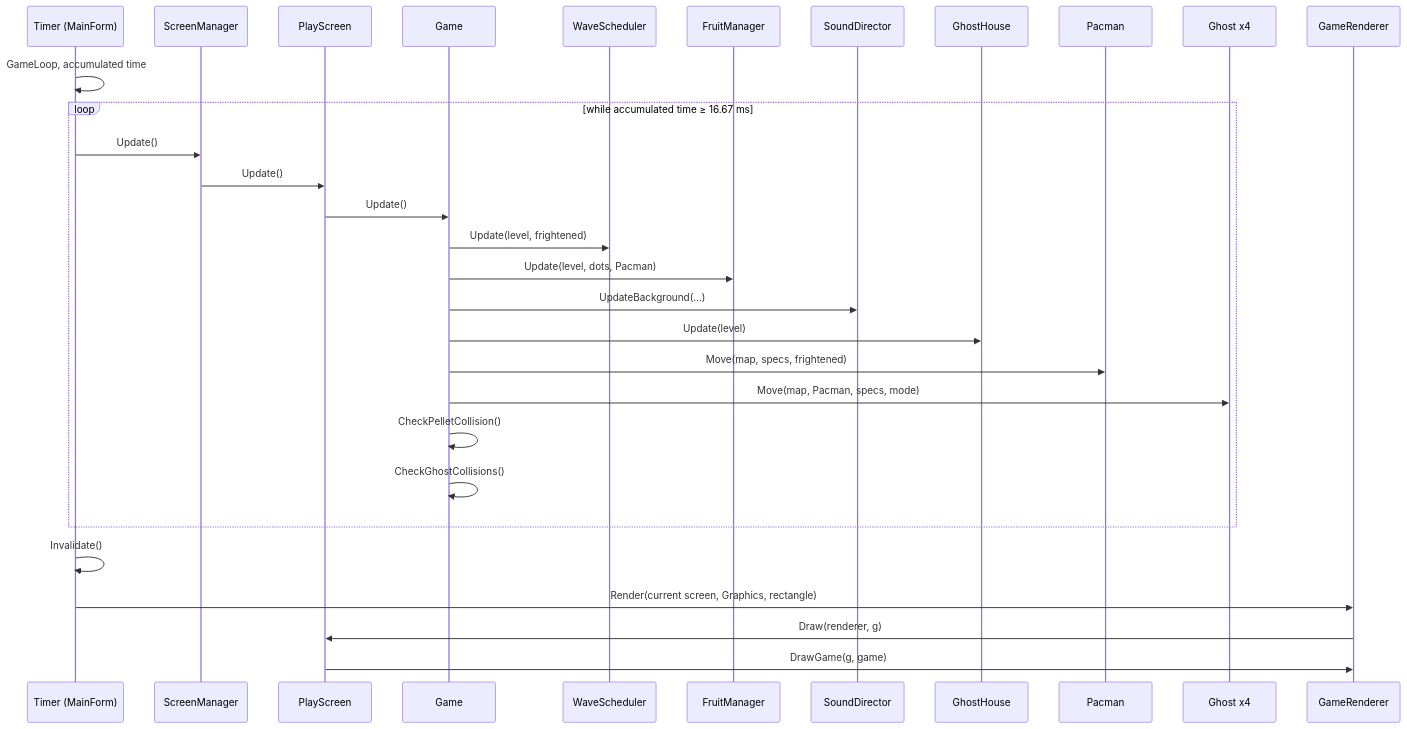
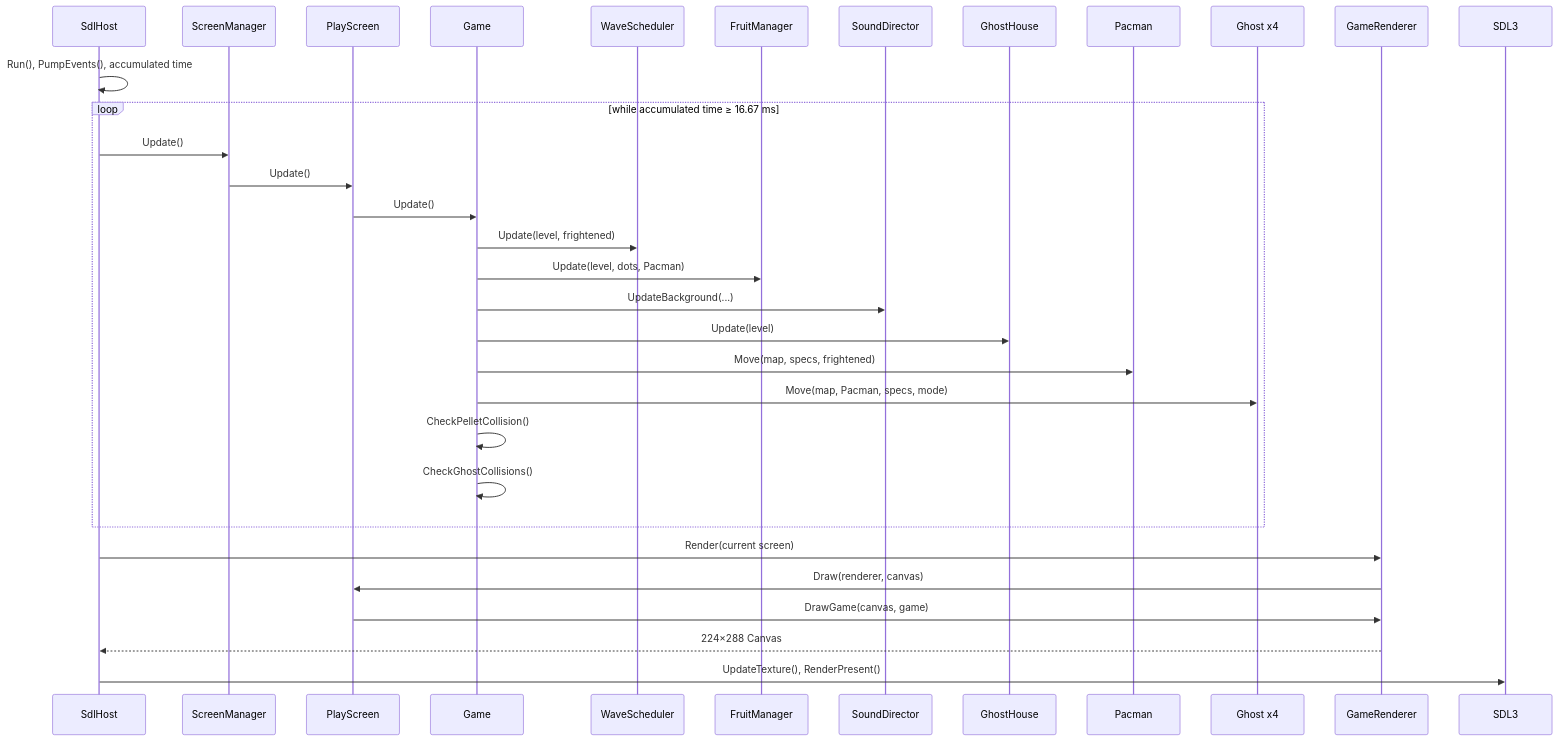
Before and after one commit to Telev78/pacman: the eighth of 18 diagrams in docs/Pacman_UML_and_State_Diagrams_EN.md, drawn with Mermaid. The commit also changed other lines of this file and 36 other files, not shown here.

````diff
--- a/docs/Pacman_UML_and_State_Diagrams_EN.md
+++ b/docs/Pacman_UML_and_State_Diagrams_EN.md
@@ -691,32 +757,34 @@
 ```mermaid
 sequenceDiagram
-  participant T as Timer (MainForm)
+  participant H as SdlHost
   participant S as ScreenManager
   participant P as PlayScreen
   participant G as Game
   participant W as WaveScheduler
   participant F as FruitManager
   participant D as SoundDirector
-  participant H as GhostHouse
+  participant GH as GhostHouse
   participant PM as Pacman
-  participant GH as Ghost x4
+  participant GS as Ghost x4
   participant R as GameRenderer
-  T->>T: GameLoop, accumulated time
+  participant X as SDL3
+  H->>H: Run(), PumpEvents(), accumulated time
   loop while accumulated time ≥ 16.67 ms
-    T->>S: Update()
+    H->>S: Update()
     S->>P: Update()
     P->>G: Update()
     G->>W: Update(level, frightened)
     G->>F: Update(level, dots, Pacman)
     G->>D: UpdateBackground(...)
-    G->>H: Update(level)
+    G->>GH: Update(level)
     G->>PM: Move(map, specs, frightened)
-    G->>GH: Move(map, Pacman, specs, mode)
+    G->>GS: Move(map, Pacman, specs, mode)
     G->>G: CheckPelletCollision()
     G->>G: CheckGhostCollisions()
   end
-  T->>T: Invalidate()
-  T->>R: Render(current screen, Graphics, rectangle)
-  R->>P: Draw(renderer, g)
-  P->>R: DrawGame(g, game)
+  H->>R: Render(current screen)
+  R->>P: Draw(renderer, canvas)
+  P->>R: DrawGame(canvas, game)
+  R-->>H: 224×288 Canvas
+  H->>X: UpdateTexture(), RenderPresent()
 ```
````
